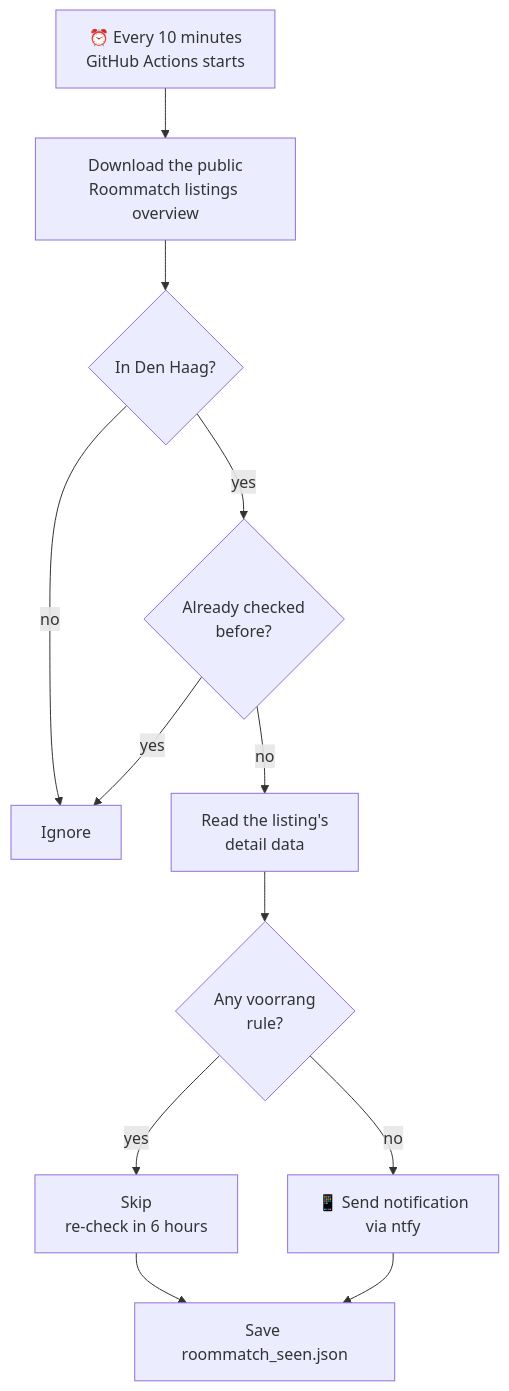
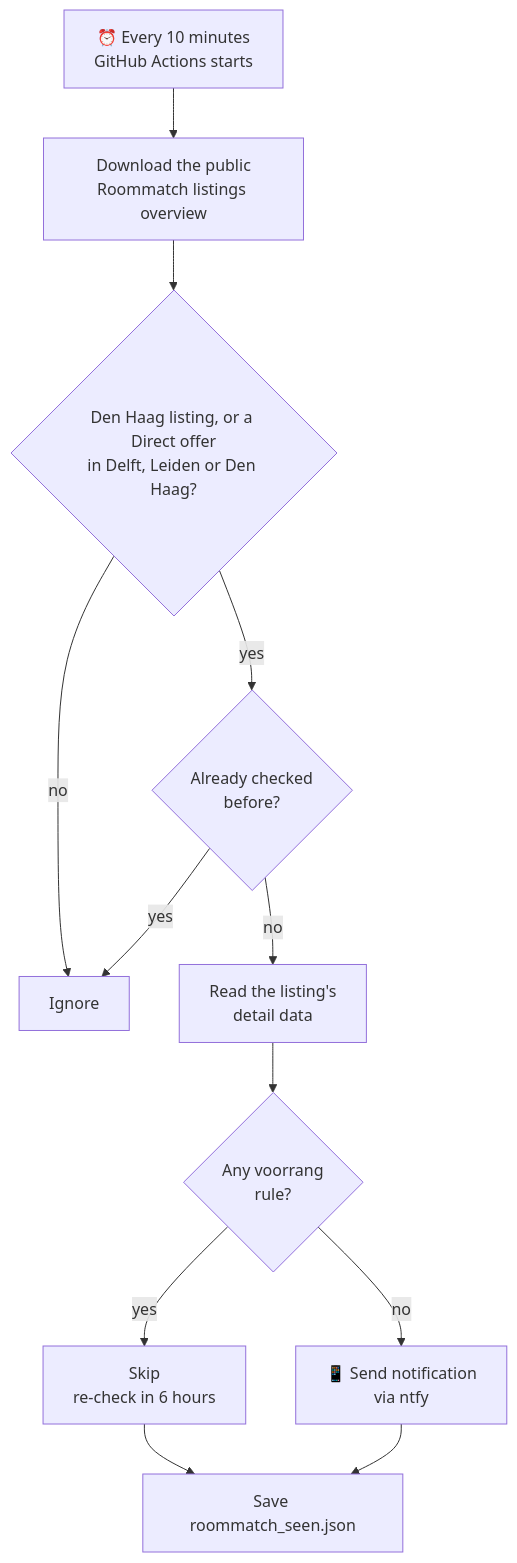
One commit to abhronil/roommatch-watcher changed the diagram in README.md. Above: the diagram before and after it, drawn with Mermaid. The commit also changed other lines of this file and 1 other file, not shown here.

````diff
--- a/README.md
+++ b/README.md
@@ -11,14 +14,14 @@
 ```mermaid
 flowchart TD
     A[⏰ Every 10 minutes<br/>GitHub Actions starts] --> B[Download the public<br/>Roommatch listings overview]
-    B --> C{In Den Haag?}
+    B --> C{Den Haag listing, or a Direct offer<br/>in Delft, Leiden or Den Haag?}
     C -- no --> X[Ignore]
     C -- yes --> D{Already checked<br/>before?}
     D -- yes --> X
     D -- no --> E[Read the listing's<br/>detail data]
     E --> F{Any voorrang<br/>rule?}
     F -- yes --> G[Skip<br/>re-check in 6 hours]
     F -- no --> H[📱 Send notification<br/>via ntfy]
     G --> I[Save roommatch_seen.json]
     H --> I
 ```
````
